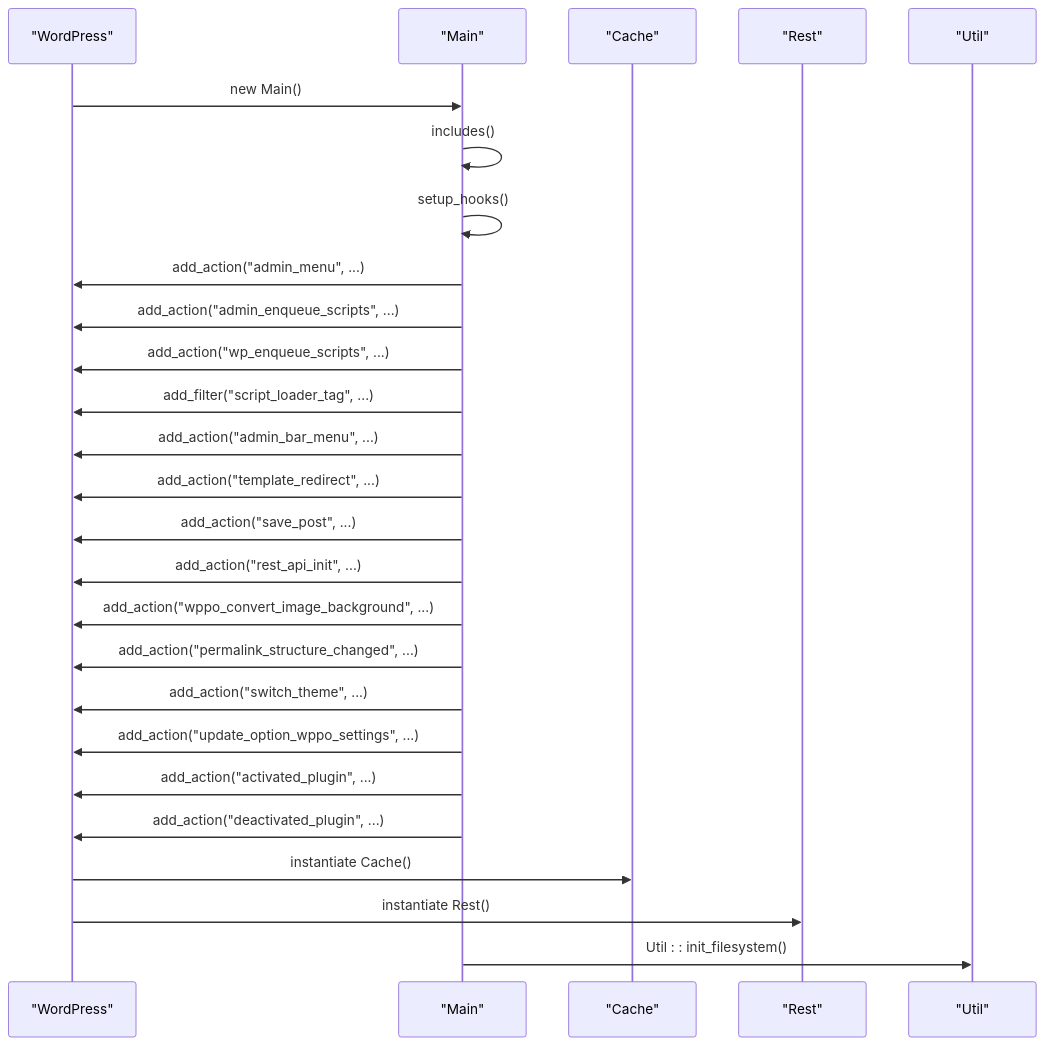
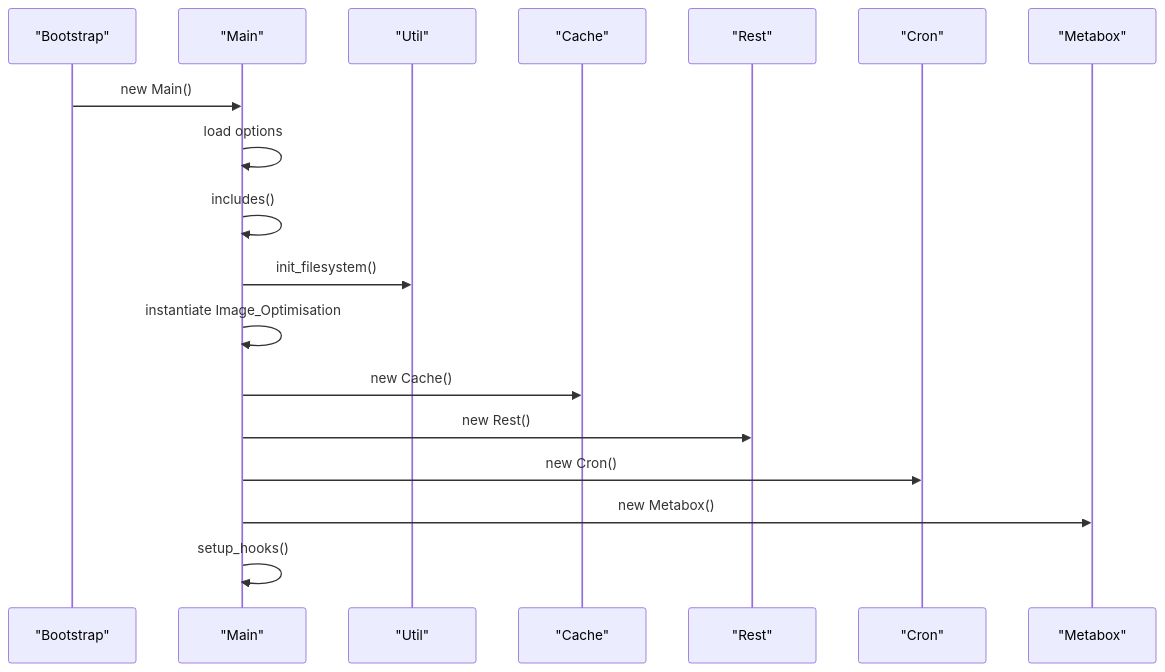
The third of 5 diagrams in .qoder/repowiki/en/content/Core Architecture/Plugin Initialization.md (nilesh32236/performance-optimisation), drawn with Mermaid before and after one commit. The commit also changed other lines of this file and 46 other files, not shown here.

````diff
--- a/.qoder/repowiki/en/content/Core Architecture/Plugin Initialization.md
+++ b/.qoder/repowiki/en/content/Core Architecture/Plugin Initialization.md
@@ -242,28 +161,20 @@
 ```mermaid
 sequenceDiagram
-participant WP as "WordPress"
+participant Boot as "Bootstrap"
 participant Main as "Main"
+participant Util as "Util"
 participant Cache as "Cache"
-participant REST as "Rest"
-participant Util as "Util"
-WP->>Main : new Main()
+participant Rest as "Rest"
+participant Cron as "Cron"
+participant MB as "Metabox"
+Boot->>Main : new Main()
+Main->>Main : load options
 Main->>Main : includes()
+Main->>Util : init_filesystem()
+Main->>Main : instantiate Image_Optimisation
+Main->>Cache : new Cache()
+Main->>Rest : new Rest()
+Main->>Cron : new Cron()
+Main->>MB : new Metabox()
 Main->>Main : setup_hooks()
-Main->>WP : add_action("admin_menu", ...)
-Main->>WP : add_action("admin_enqueue_scripts", ...)
-Main->>WP : add_action("wp_enqueue_scripts", ...)
-Main->>WP : add_filter("script_loader_tag", ...)
-Main->>WP : add_action("admin_bar_menu", ...)
-Main->>WP : add_action("template_redirect", ...)
-Main->>WP : add_action("save_post", ...)
-Main->>WP : add_action("rest_api_init", ...)
-Main->>WP : add_action("wppo_convert_image_background", ...)
-Main->>WP : add_action("permalink_structure_changed", ...)
-Main->>WP : add_action("switch_theme", ...)
-Main->>WP : add_action("update_option_wppo_settings", ...)
-Main->>WP : add_action("activated_plugin", ...)
-Main->>WP : add_action("deactivated_plugin", ...)
-WP->>Cache : instantiate Cache()
-WP->>REST : instantiate Rest()
-Main->>Util : Util : : init_filesystem()
 ```
````
